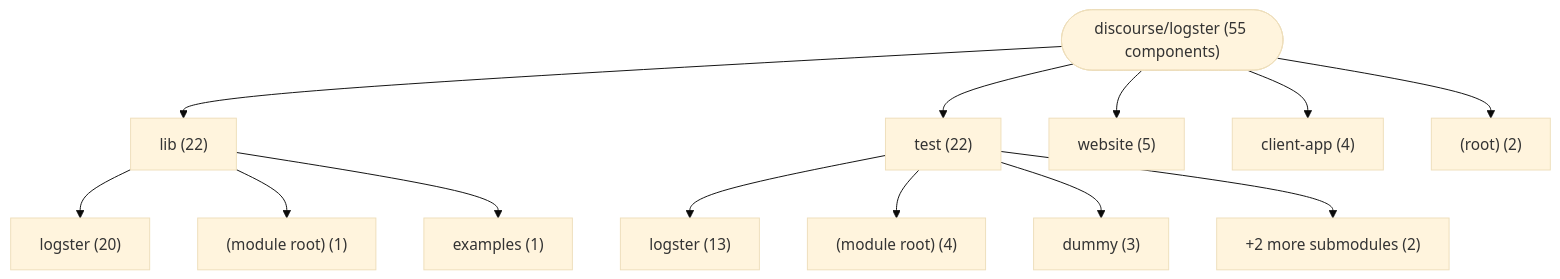
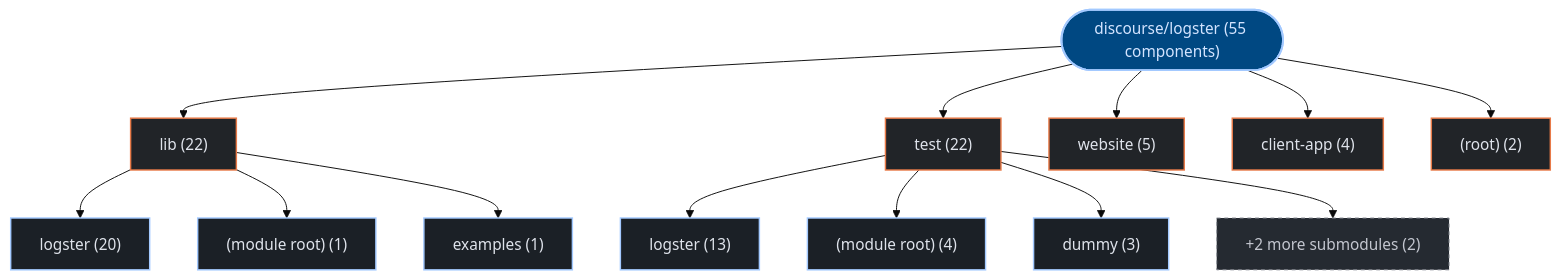
Before and after one commit to kumarshaz/atruss-code-atlas: the first of 3 diagrams in exports/latest/reports/discourse-logster-report.md, drawn with Mermaid (base theme). The commit also changed other lines of this file and 331 other files, not shown here.

Commit message:
docs,ui,fix: update SDLC docs, reorder CI/CD DAG first, stylize Mermaid, and fix Arc42 pipeline topology

````diff
--- a/exports/latest/reports/discourse-logster-report.md
+++ b/exports/latest/reports/discourse-logster-report.md
@@ -42,28 +42,35 @@
 ```mermaid
 graph TD;
-    repo_root(["discourse/logster (55 components)"])
-    dir_0_lib["lib (22)"]
+  classDef atlasRoot fill:#004882,stroke:#a3c9ff,stroke-width:2px,color:#d3e4ff
+  classDef atlasCategory fill:#212428,stroke:#E87A48,stroke-width:1.5px,color:#dfe3eb
+  classDef atlasWorkflow fill:#1b2026,stroke:#a3c9ff,stroke-width:1.5px,color:#dfe3eb
+  classDef atlasJob fill:#171c22,stroke:#8d9199,stroke-width:1px,color:#dfe3eb
+  classDef atlasTarget fill:#005227,stroke:#8bd99b,stroke-width:1.5px,color:#a7f6b6
+  classDef atlasAlert fill:#93000a,stroke:#ffb4ab,stroke-width:1.5px,color:#ffdad6
+  classDef atlasMore fill:#252a31,stroke:#8d9199,stroke-dasharray:4 4,color:#c3c6cf
+    repo_root(["discourse/logster (55 components)"]):::atlasRoot
+    dir_0_lib["lib (22)"]:::atlasCategory
     repo_root --> dir_0_lib
-    sub_0_0_logster["logster (20)"]
+    sub_0_0_logster["logster (20)"]:::atlasWorkflow
     dir_0_lib --> sub_0_0_logster
-    sub_0_1__module_root_["(module root) (1)"]
+    sub_0_1__module_root_["(module root) (1)"]:::atlasWorkflow
     dir_0_lib --> sub_0_1__module_root_
-    sub_0_2_examples["examples (1)"]
+    sub_0_2_examples["examples (1)"]:::atlasWorkflow
     dir_0_lib --> sub_0_2_examples
-    dir_1_test["test (22)"]
+    dir_1_test["test (22)"]:::atlasCategory
     repo_root --> dir_1_test
-    sub_1_0_logster["logster (13)"]
+    sub_1_0_logster["logster (13)"]:::atlasWorkflow
     dir_1_test --> sub_1_0_logster
-    sub_1_1__module_root_["(module root) (4)"]
+    sub_1_1__module_root_["(module root) (4)"]:::atlasWorkflow
     dir_1_test --> sub_1_1__module_root_
-    sub_1_2_dummy["dummy (3)"]
+    sub_1_2_dummy["dummy (3)"]:::atlasWorkflow
     dir_1_test --> sub_1_2_dummy
-    sub_1_more["+2 more submodules (2)"]
+    sub_1_more["+2 more submodules (2)"]:::atlasMore
     dir_1_test --> sub_1_more
-    dir_2_website["website (5)"]
+    dir_2_website["website (5)"]:::atlasCategory
     repo_root --> dir_2_website
-    dir_3_client_app["client-app (4)"]
+    dir_3_client_app["client-app (4)"]:::atlasCategory
     repo_root --> dir_3_client_app
-    dir_4__root_["(root) (2)"]
+    dir_4__root_["(root) (2)"]:::atlasCategory
     repo_root --> dir_4__root_
 ```
````
